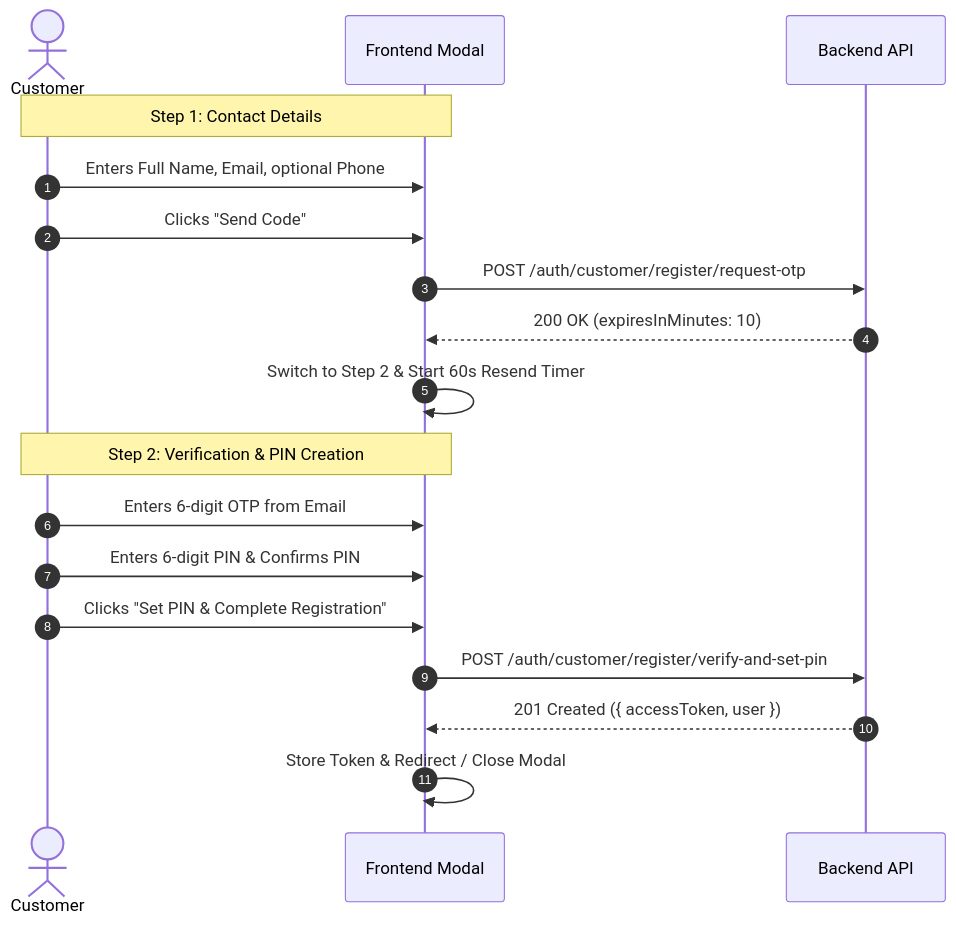
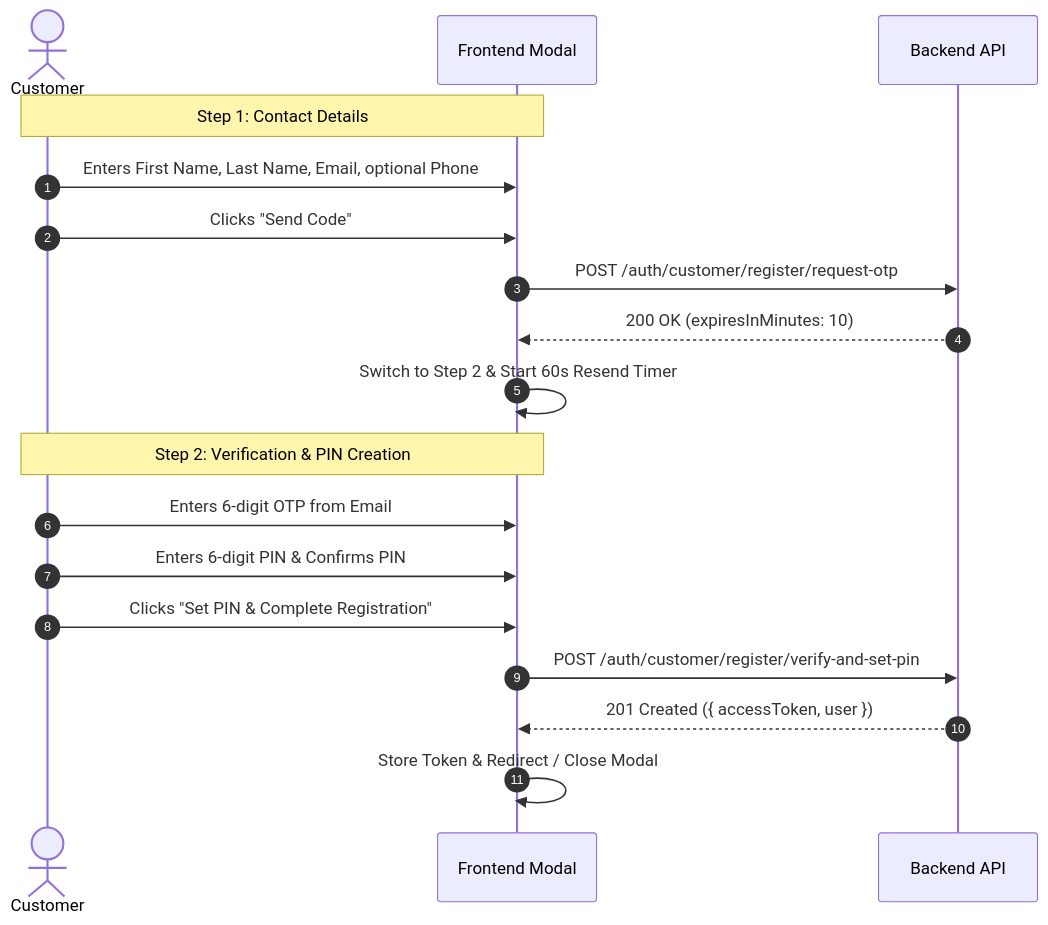
One commit to Synergyfy/Vemtap changed the diagram in docs/customer-auth-pin-frontend-guide.md. Above: the diagram before and after it, drawn with Mermaid. The commit also changed other lines of this file and 4 other files, not shown here.

Commit message:
feat(auth): use firstName and lastName for customer signup and support field aliases

````diff
--- a/docs/customer-auth-pin-frontend-guide.md
+++ b/docs/customer-auth-pin-frontend-guide.md
@@ -291,22 +291,22 @@
 ```mermaid
 sequenceDiagram
     autonumber
     actor User as Customer
     participant UI as Frontend Modal
     participant API as Backend API
 
     Note over User,UI: Step 1: Contact Details
-    User->>UI: Enters Full Name, Email, optional Phone
+    User->>UI: Enters First Name, Last Name, Email, optional Phone
     User->>UI: Clicks "Send Code"
     UI->>API: POST /auth/customer/register/request-otp
     API-->>UI: 200 OK (expiresInMinutes: 10)
     UI->>UI: Switch to Step 2 & Start 60s Resend Timer
 
     Note over User,UI: Step 2: Verification & PIN Creation
     User->>UI: Enters 6-digit OTP from Email
     User->>UI: Enters 6-digit PIN & Confirms PIN
     User->>UI: Clicks "Set PIN & Complete Registration"
     UI->>API: POST /auth/customer/register/verify-and-set-pin
     API-->>UI: 201 Created ({ accessToken, user })
     UI->>UI: Store Token & Redirect / Close Modal
 ```
````
